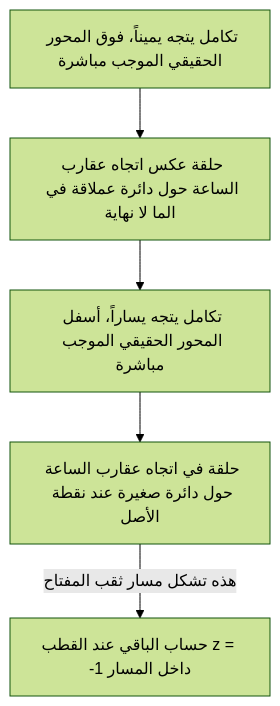
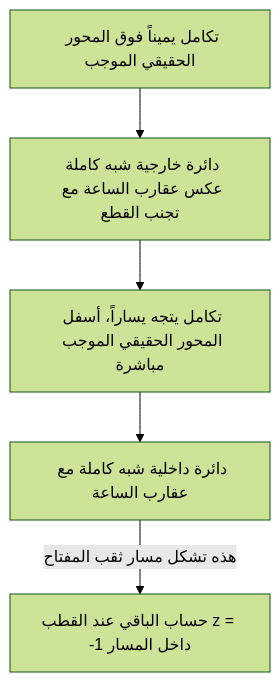
Before and after one commit to kenjinote/blog: the third of 3 diagrams in content/post/residue-theorem/index.ar.md, drawn with Mermaid (forest theme). The commit also changed other lines of this file and 7 other files, not shown here.

````diff
--- a/content/post/residue-theorem/index.ar.md
+++ b/content/post/residue-theorem/index.ar.md
@@ -166,7 +167,7 @@
 ```mermaid
 flowchart TD
-    A["تكامل يتجه يميناً، فوق المحور الحقيقي الموجب مباشرة"] --> B["حلقة عكس اتجاه عقارب الساعة حول دائرة عملاقة في الما لا نهاية"]
+    A["تكامل يميناً فوق المحور الحقيقي الموجب"] --> B["دائرة خارجية شبه كاملة عكس عقارب الساعة مع تجنب القطع"]
     B --> C["تكامل يتجه يساراً، أسفل المحور الحقيقي الموجب مباشرة"]
-    C --> D["حلقة في اتجاه عقارب الساعة حول دائرة صغيرة عند نقطة الأصل"]
+    C --> D["دائرة داخلية شبه كاملة مع عقارب الساعة"]
     D -->|"هذه تشكل مسار ثقب المفتاح"| E["حساب الباقي عند القطب z = -1 داخل المسار"]
 ```
````
